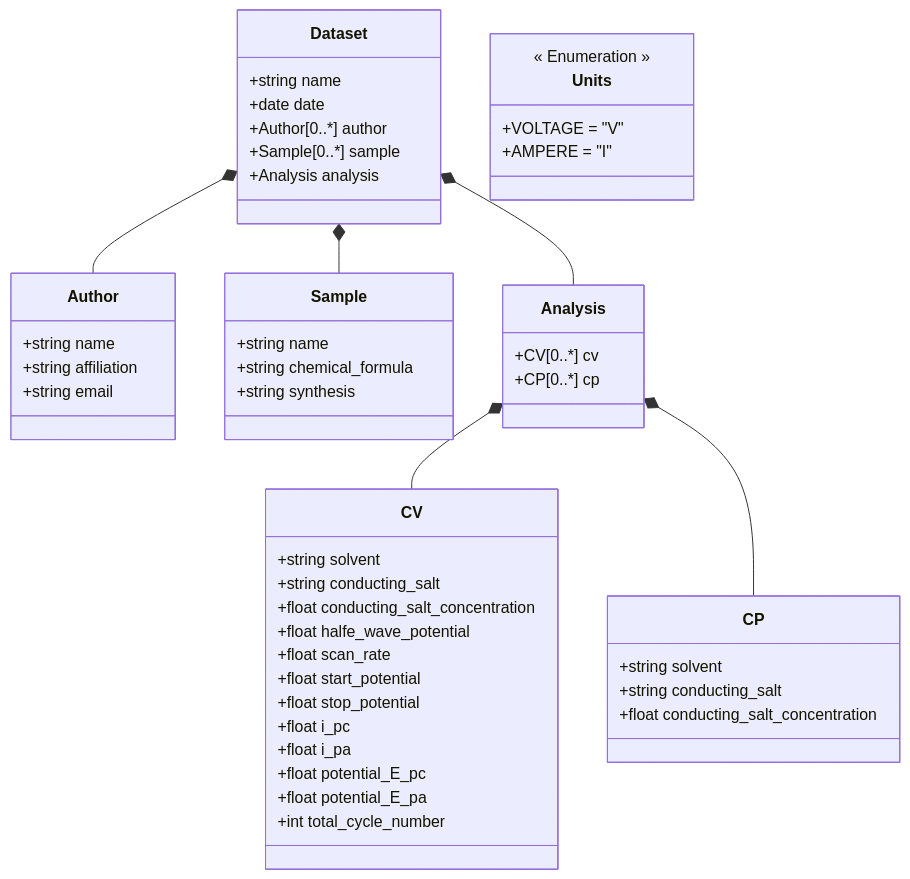
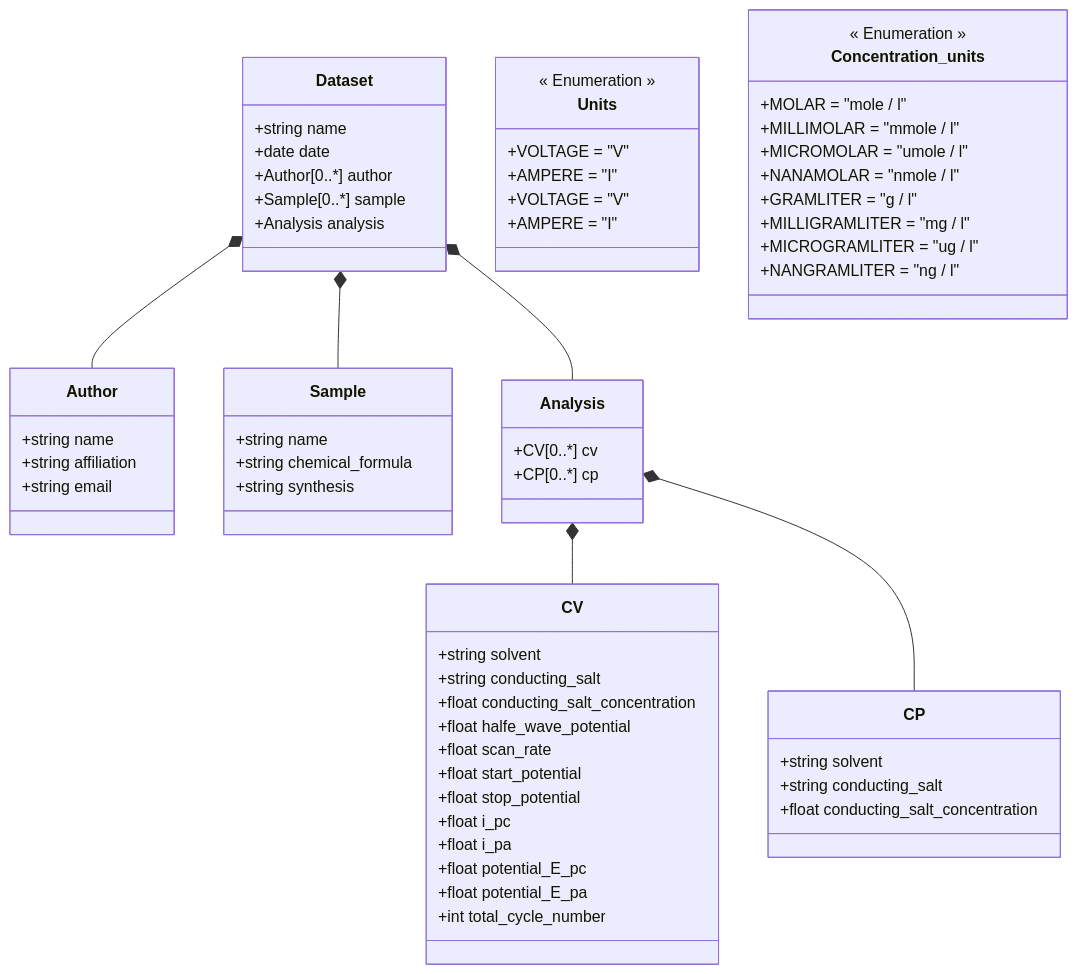
One commit to FAIRChemistry/datamodel-electrochemistry changed the diagram in ElectrochemistryDataModel/schemes/Datamodel for Electrochemistry.md. Above: the diagram before and after it, drawn with Mermaid. The commit also changed 9 other files, not shown here.

````diff
--- a/ElectrochemistryDataModel/schemes/Datamodel for Electrochemistry.md
+++ b/ElectrochemistryDataModel/schemes/Datamodel for Electrochemistry.md
@@ -1,61 +1,79 @@
 ```mermaid
 classDiagram
     Dataset *-- Author
     Dataset *-- Sample
     Dataset *-- Analysis
     Analysis *-- CV
     Analysis *-- CP
     
     class Dataset {
         +string name
         +date date
         +Author[0..*] author
         +Sample[0..*] sample
         +Analysis analysis
     }
     
     class Sample {
         +string name
         +string chemical_formula
         +string synthesis
     }
     
     class Analysis {
         +CV[0..*] cv
         +CP[0..*] cp
     }
     
     class CP {
         +string solvent
         +string conducting_salt
         +float conducting_salt_concentration
     }
     
     class CV {
         +string solvent
         +string conducting_salt
         +float conducting_salt_concentration
         +float halfe_wave_potential
         +float scan_rate
         +float start_potential
         +float stop_potential
         +float i_pc
         +float i_pa
         +float potential_E_pc
         +float potential_E_pa
         +int total_cycle_number
     }
     
     class Author {
         +string name
         +string affiliation
         +string email
     }
     
     class Units {
         << Enumeration >>
         +VOLTAGE = "V"
         +AMPERE = "I"
     }
     
+    class Units {
+        << Enumeration >>
+        +VOLTAGE = "V"
+        +AMPERE = "I"
+    }
+    
+    class Concentration_units {
+        << Enumeration >>
+        +MOLAR = "mole / l"
+        +MILLIMOLAR = "mmole / l"
+        +MICROMOLAR = "umole / l"
+        +NANAMOLAR = "nmole / l"
+        +GRAMLITER = "g / l"
+        +MILLIGRAMLITER = "mg / l"
+        +MICROGRAMLITER = "ug / l"
+        +NANGRAMLITER = "ng / l"
+    }
+    
 ```
````
